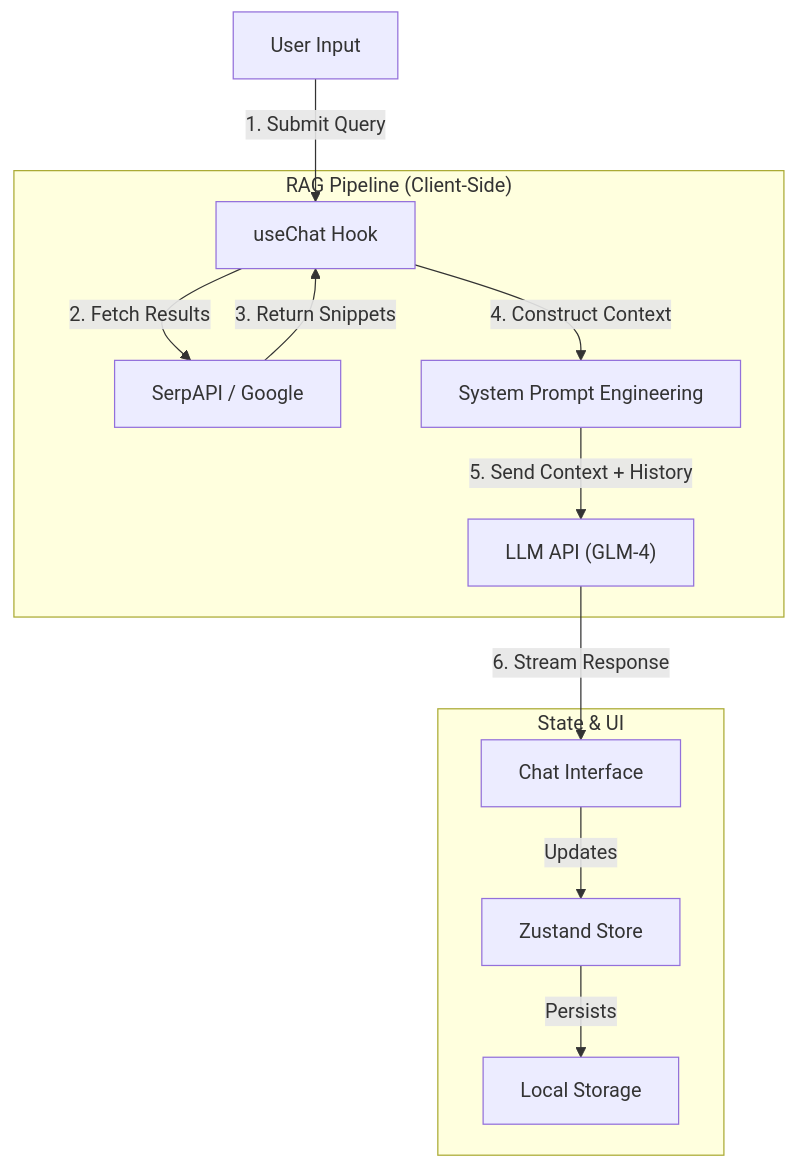
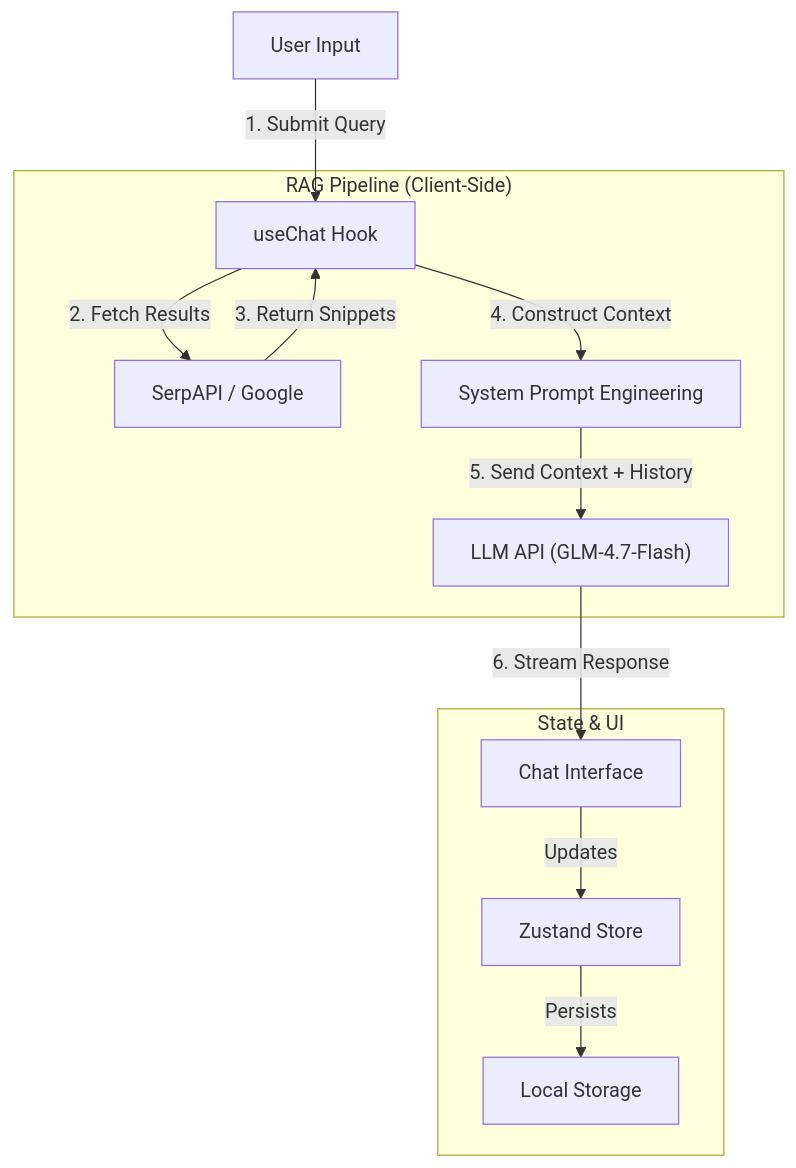
The diagram in README.md (JonniTech/Perplexity-Clone), drawn with Mermaid before and after one commit.

Commit message:
Updated LLM model name to GLM-4.7-Flash in README diagram.

````diff
--- a/README.md
+++ b/README.md
@@ -54,17 +54,17 @@
 ```mermaid
 graph TD
     User[User Input] -->|1. Submit Query| Hook[useChat Hook]
     
     subgraph "RAG Pipeline (Client-Side)"
         Hook -->|2. Fetch Results| Search[SerpAPI / Google]
         Search -->|3. Return Snippets| Hook
         Hook -->|4. Construct Context| Prompt["System Prompt Engineering"]
-        Prompt -->|5. Send Context + History| LLM["LLM API (GLM-4)"]
+        Prompt -->|5. Send Context + History| LLM["LLM API (GLM-4.7-Flash)"]
     end
     
     subgraph "State & UI"
         LLM -->|6. Stream Response| UI[Chat Interface]
         UI -->|Updates| Store[Zustand Store]
         Store -->|Persists| Storage[Local Storage]
     end
 ```
````
